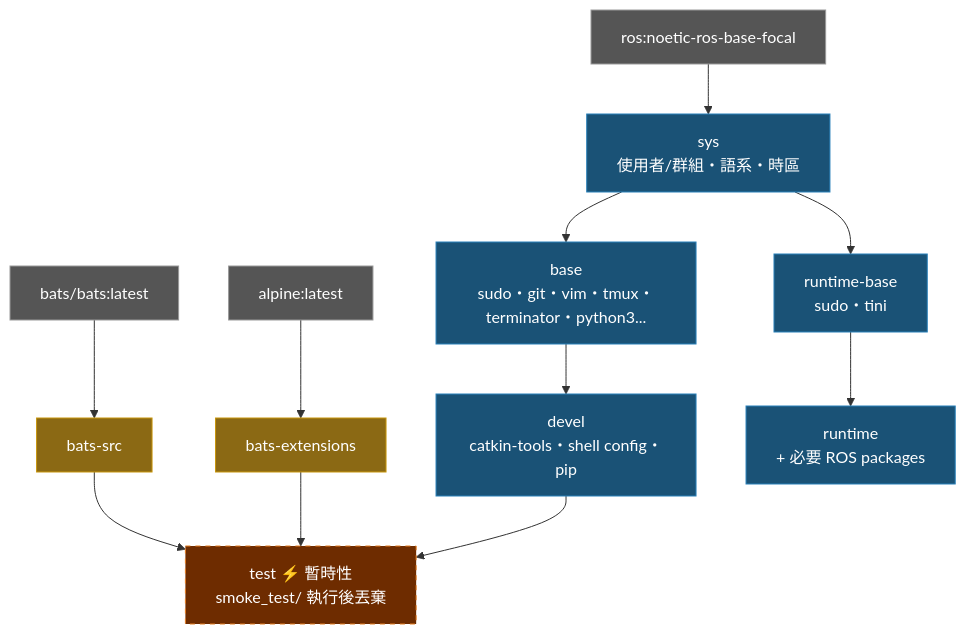
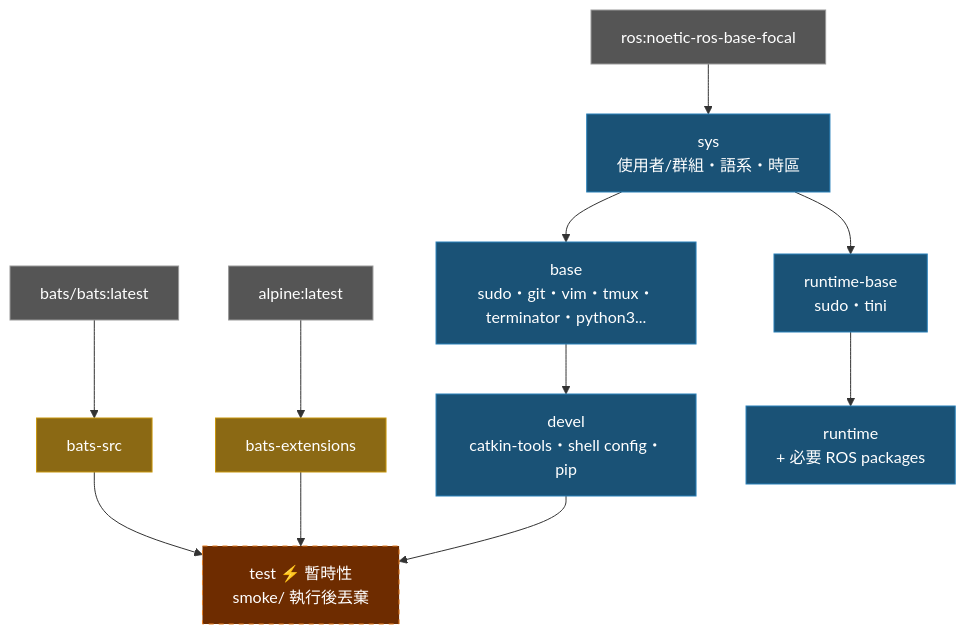
The diagram in doc/README.zh-TW.md (ycpss91255-docker/ros_noetic), drawn with Mermaid before and after one commit. The commit also changed other lines of this file and 21 other files, not shown here.

````diff
--- a/doc/README.zh-TW.md
+++ b/doc/README.zh-TW.md
@@ -234,26 +234,26 @@
 ```mermaid
 graph TD
     EXT1["bats/bats:latest"]:::external
     EXT2["alpine:latest"]:::external
     EXT3["ros:noetic-ros-base-focal"]:::external
 
     EXT1 --> bats-src["bats-src"]:::tool
     EXT2 --> bats-ext["bats-extensions"]:::tool
 
     EXT3 --> sys["sys\n使用者/群組・語系・時區"]:::stage
 
     sys --> base["base\nsudo・git・vim・tmux・terminator・python3..."]:::stage
     base --> devel["devel\ncatkin-tools・shell config・pip"]:::stage
 
-    bats-src --> test["test  ⚡ 暫時性\nsmoke_test/ 執行後丟棄"]:::ephemeral
+    bats-src --> test["test  ⚡ 暫時性\nsmoke/ 執行後丟棄"]:::ephemeral
     bats-ext --> test
     devel --> test
 
     sys --> runtime-base["runtime-base\nsudo・tini"]:::stage
     runtime-base --> runtime["runtime\n+ 必要 ROS packages"]:::stage
 
     classDef external fill:#555,color:#fff,stroke:#999
     classDef tool fill:#8B6914,color:#fff,stroke:#c8960c
     classDef stage fill:#1a5276,color:#fff,stroke:#2980b9
     classDef ephemeral fill:#6e2c00,color:#fff,stroke:#e67e22,stroke-dasharray:5 5
 ```
````
